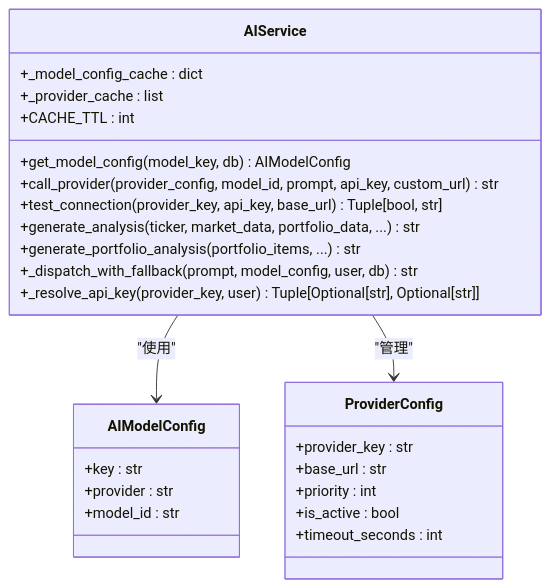
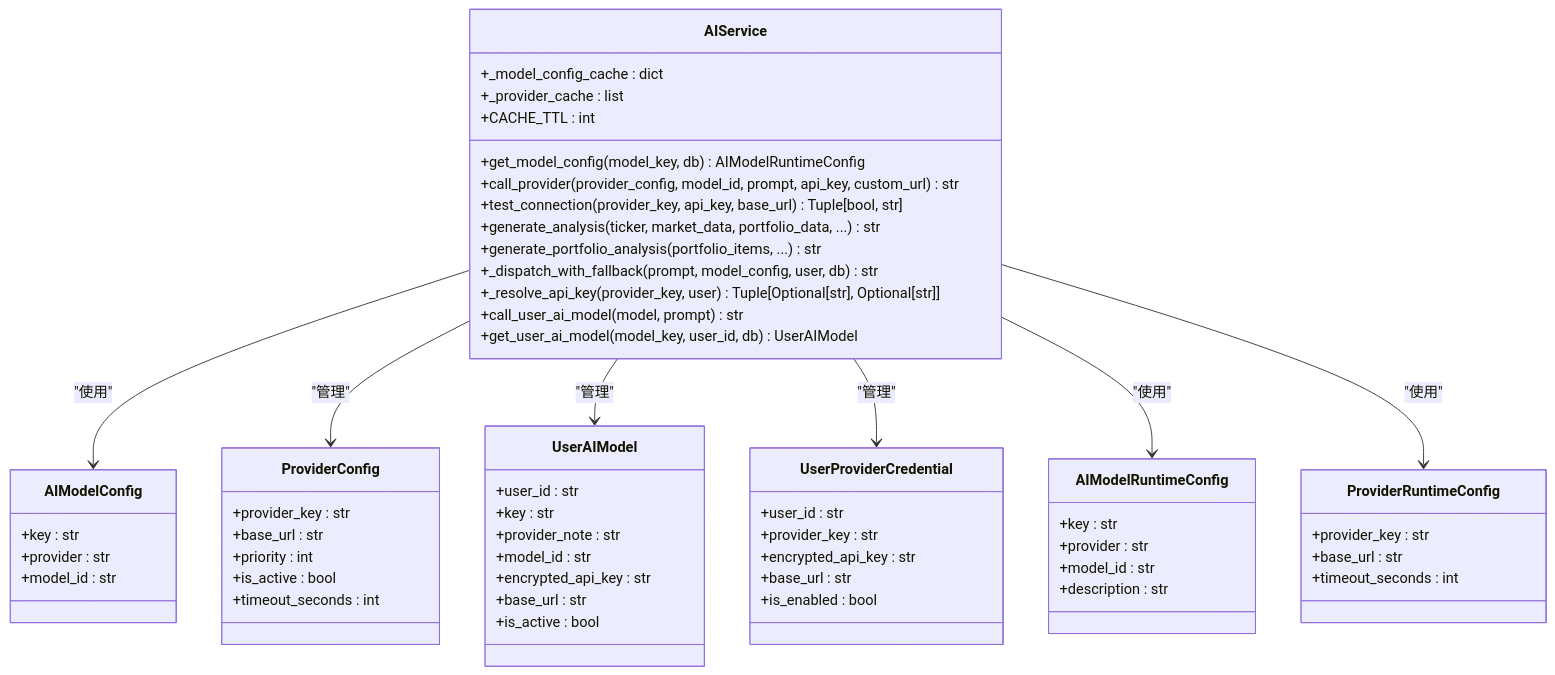
The second of 16 diagrams in .qoder/repowiki/zh/content/Enhanced Ai Analysis Service.md (breeze-lyf/ai-stock-advisor), drawn with Mermaid before and after one commit. The commit also changed other lines of this file and 30 other files, not shown here.

Commit message:
feat: Migrate AI model preference from Gemini to DeepSeek-v3, increase AI service timeout, and add stock snapshot API.

````diff
--- a/.qoder/repowiki/zh/content/Enhanced Ai Analysis Service.md
+++ b/.qoder/repowiki/zh/content/Enhanced Ai Analysis Service.md
@@ -168,29 +189,62 @@
 ```mermaid
 classDiagram
 class AIService {
 +_model_config_cache : dict
 +_provider_cache : list
 +CACHE_TTL : int
-+get_model_config(model_key, db) AIModelConfig
++get_model_config(model_key, db) AIModelRuntimeConfig
 +call_provider(provider_config, model_id, prompt, api_key, custom_url) str
 +test_connection(provider_key, api_key, base_url) Tuple[bool, str]
 +generate_analysis(ticker, market_data, portfolio_data, ...) str
 +generate_portfolio_analysis(portfolio_items, ...) str
 +_dispatch_with_fallback(prompt, model_config, user, db) str
 +_resolve_api_key(provider_key, user) Tuple[Optional[str], Optional[str]]
++call_user_ai_model(model, prompt) str
++get_user_ai_model(model_key, user_id, db) UserAIModel
 }
 class AIModelConfig {
 +key : str
 +provider : str
 +model_id : str
 }
 class ProviderConfig {
 +provider_key : str
 +base_url : str
 +priority : int
 +is_active : bool
 +timeout_seconds : int
 }
+class UserAIModel {
++user_id : str
++key : str
++provider_note : str
++model_id : str
++encrypted_api_key : str
++base_url : str
++is_active : bool
+}
+class UserProviderCredential {
++user_id : str
++provider_key : str
++encrypted_api_key : str
++base_url : str
++is_enabled : bool
+}
+class AIModelRuntimeConfig {
++key : str
++provider : str
++model_id : str
++description : str
+}
+class ProviderRuntimeConfig {
++provider_key : str
++base_url : str
++timeout_seconds : int
+}
 AIService --> AIModelConfig : "使用"
 AIService --> ProviderConfig : "管理"
+AIService --> UserAIModel : "管理"
+AIService --> UserProviderCredential : "管理"
+AIService --> AIModelRuntimeConfig : "使用"
+AIService --> ProviderRuntimeConfig : "使用"
 ```
````
